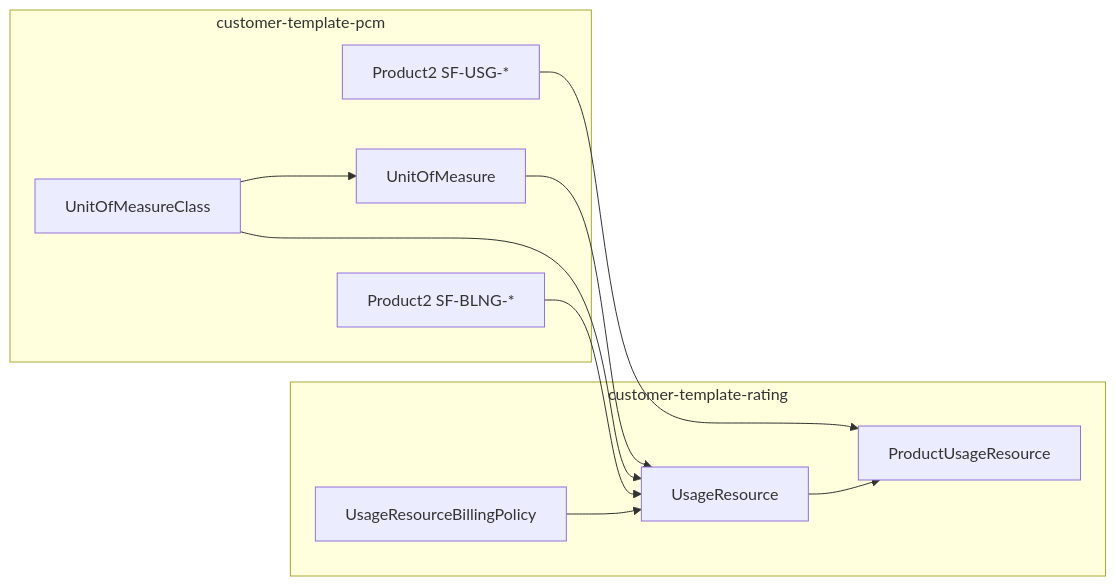
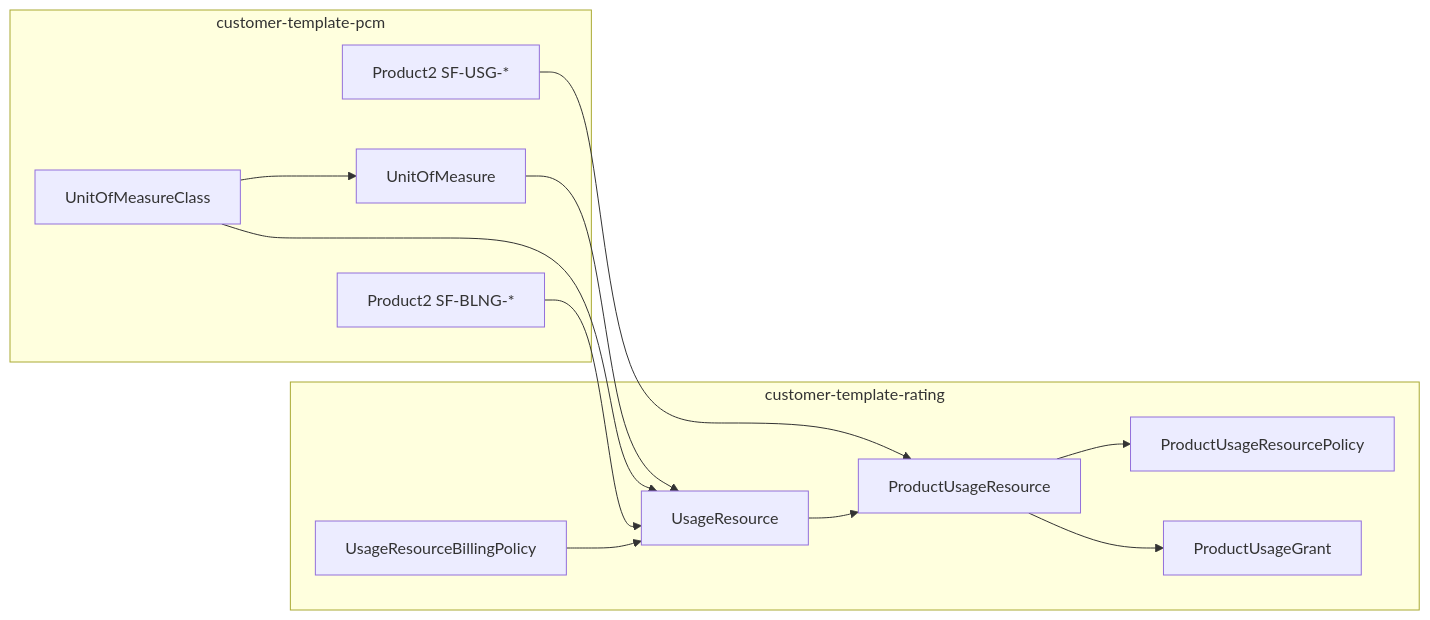
The diagram in docs/references/customer-template-usage-resource.md (bgaldino/rlm-base-dev), drawn with Mermaid before and after one commit. The commit also changed other lines of this file and 32 other files, not shown here.

````diff
--- a/docs/references/customer-template-usage-resource.md
+++ b/docs/references/customer-template-usage-resource.md
@@ -46,21 +48,25 @@
 ```mermaid
 flowchart LR
   subgraph pcm [customer-template-pcm]
     UMC[UnitOfMeasureClass]
     UOM[UnitOfMeasure]
     Pdef[Product2 SF-BLNG-*]
     Psell[Product2 SF-USG-*]
   end
   subgraph rating [customer-template-rating]
     URBP[UsageResourceBillingPolicy]
     UR[UsageResource]
     PUR[ProductUsageResource]
+    PURP[ProductUsageResourcePolicy]
+    PUG[ProductUsageGrant]
   end
   UMC --> UOM
   UOM --> UR
   UMC --> UR
   Pdef --> UR
   URBP --> UR
   Psell --> PUR
   UR --> PUR
+  PUR --> PURP
+  PUR --> PUG
 ```
````
